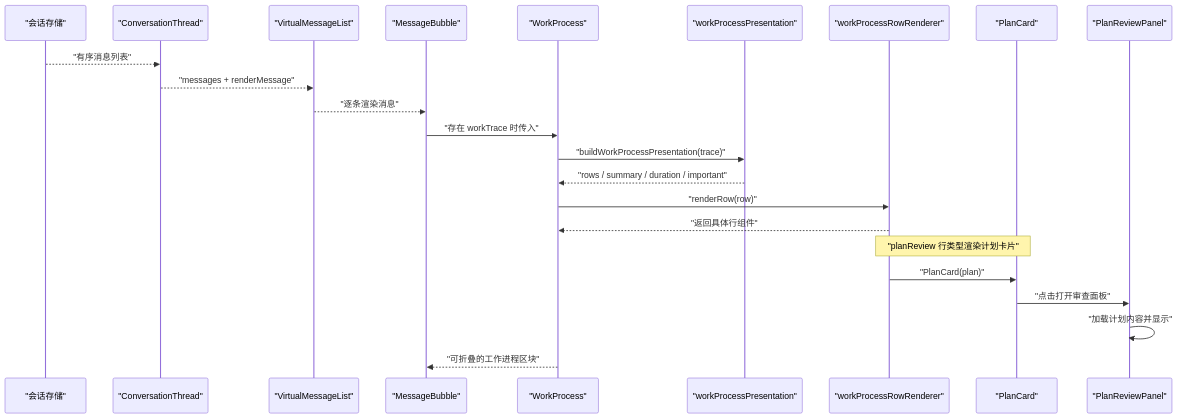
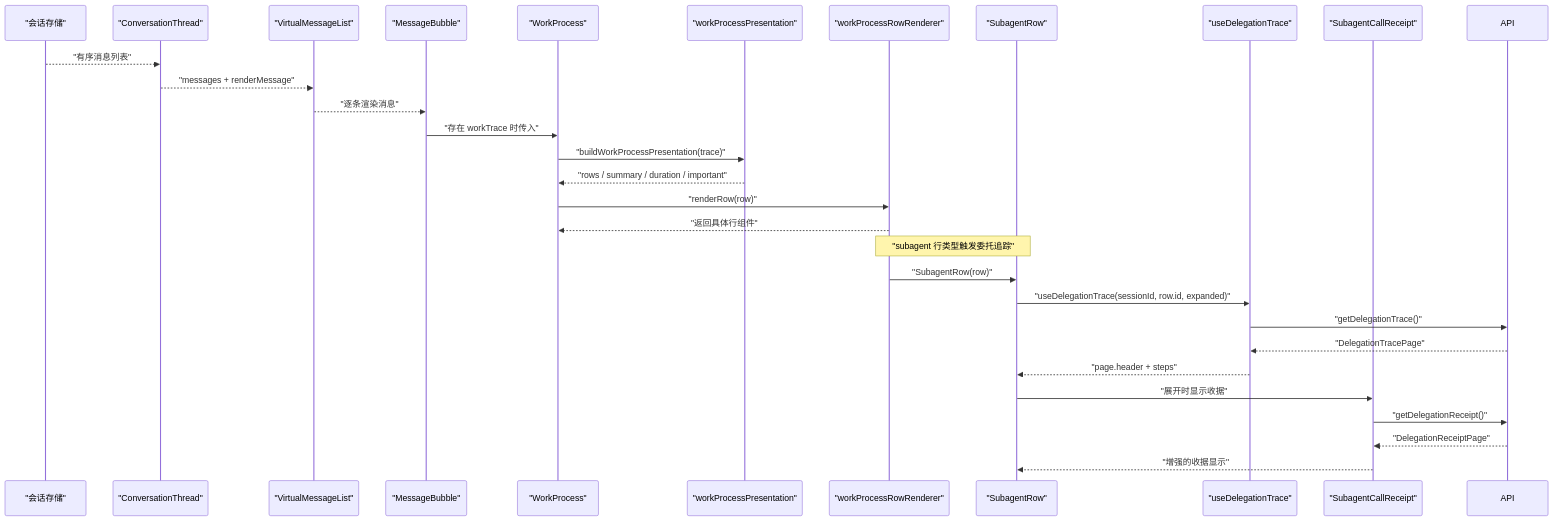
One commit to haolange/RDC-Agent changed the second of 8 diagrams in .qoder/repowiki/zh/content/用户界面/调试视图.md. Above: the diagram before and after it, drawn with Mermaid. The commit also changed other lines of this file and 25 other files, not shown here.

````diff
--- a/.qoder/repowiki/zh/content/用户界面/调试视图.md
+++ b/.qoder/repowiki/zh/content/用户界面/调试视图.md
@@ -107,25 +118,31 @@
 ```mermaid
 sequenceDiagram
 participant Store as "会话存储"
 participant Thread as "ConversationThread"
 participant VList as "VirtualMessageList"
 participant Bubble as "MessageBubble"
 participant WP as "WorkProcess"
 participant Proj as "workProcessPresentation"
 participant RowR as "workProcessRowRenderer"
-participant PlanCard as "PlanCard"
-participant Panel as "PlanReviewPanel"
+participant SubRow as "SubagentRow"
+participant Hook as "useDelegationTrace"
+participant Receipt as "SubagentCallReceipt"
 Store-->>Thread : "有序消息列表"
 Thread-->>VList : "messages + renderMessage"
 VList-->>Bubble : "逐条渲染消息"
 Bubble->>WP : "存在 workTrace 时传入"
 WP->>Proj : "buildWorkProcessPresentation(trace)"
 Proj-->>WP : "rows / summary / duration / important"
 WP->>RowR : "renderRow(row)"
 RowR-->>WP : "返回具体行组件"
-Note over RowR,PlanCard : "planReview 行类型渲染计划卡片"
-RowR->>PlanCard : "PlanCard(plan)"
-PlanCard->>Panel : "点击打开审查面板"
-Panel->>Panel : "加载计划内容并显示"
-WP-->>Bubble : "可折叠的工作进程区块"
+Note over RowR,SubRow : "subagent 行类型触发委托追踪"
+RowR->>SubRow : "SubagentRow(row)"
+SubRow->>Hook : "useDelegationTrace(sessionId, row.id, expanded)"
+Hook->>API : "getDelegationTrace()"
+API-->>Hook : "DelegationTracePage"
+Hook-->>SubRow : "page.header + steps"
+SubRow->>Receipt : "展开时显示收据"
+Receipt->>API : "getDelegationReceipt()"
+API-->>Receipt : "DelegationReceiptPage"
+Receipt-->>SubRow : "增强的收据显示"
 ```
````
